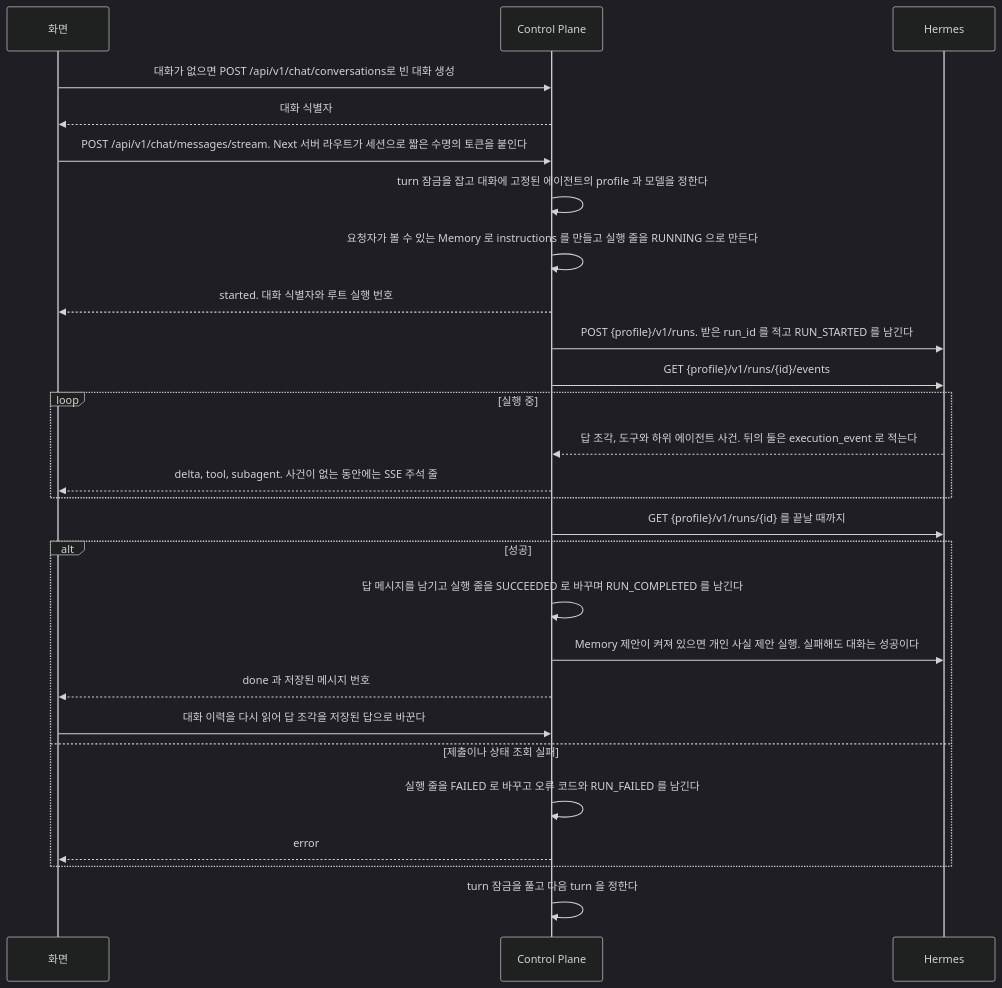
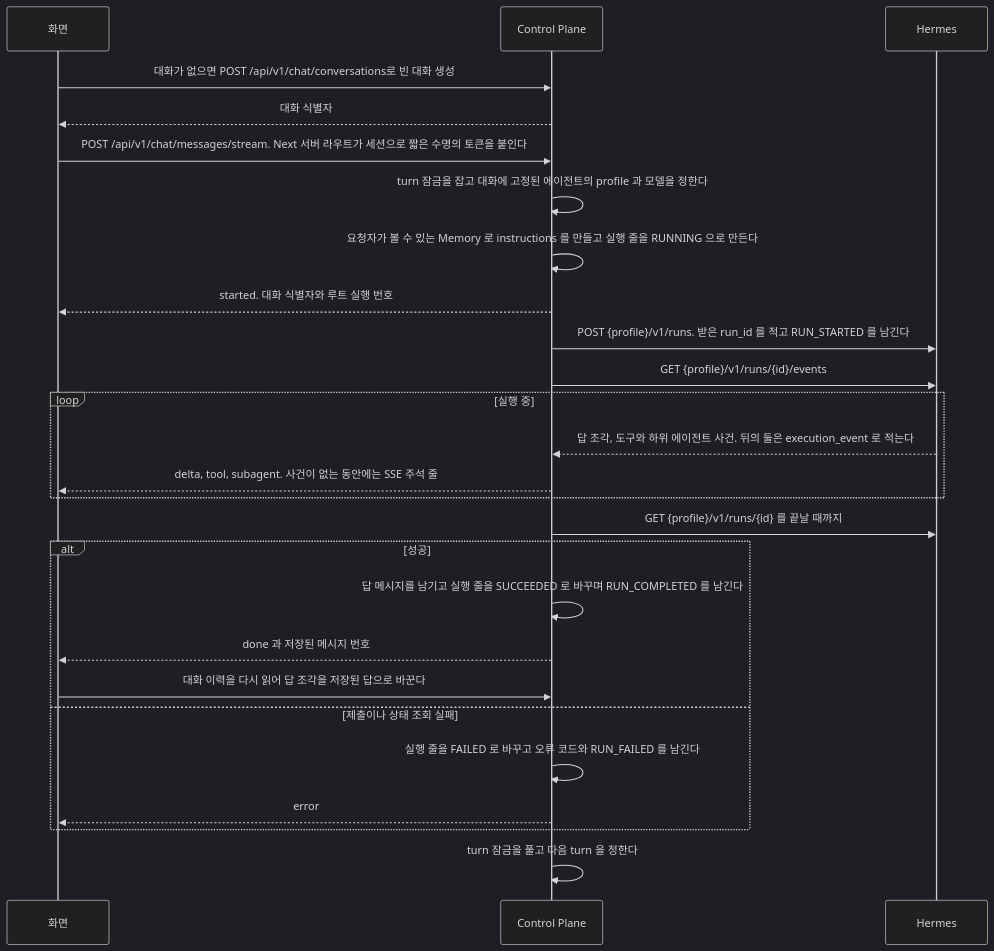
The diagram in docs/features/chat.md (jon890/fos-assistant), drawn with Mermaid (dark theme) before and after one commit. The commit also changed other lines of this file and 33 other files, not shown here.

````diff
--- a/docs/features/chat.md
+++ b/docs/features/chat.md
@@ -28,30 +28,29 @@
 ```mermaid
 sequenceDiagram
     participant W as 화면
     participant C as Control Plane
     participant H as Hermes
 
     W->>C: 대화가 없으면 POST /api/v1/chat/conversations로 빈 대화 생성
     C-->>W: 대화 식별자
     W->>C: POST /api/v1/chat/messages/stream. Next 서버 라우트가 세션으로 짧은 수명의 토큰을 붙인다
     C->>C: turn 잠금을 잡고 대화에 고정된 에이전트의 profile 과 모델을 정한다
     C->>C: 요청자가 볼 수 있는 Memory 로 instructions 를 만들고 실행 줄을 RUNNING 으로 만든다
     C-->>W: started. 대화 식별자와 루트 실행 번호
     C->>H: POST {profile}/v1/runs. 받은 run_id 를 적고 RUN_STARTED 를 남긴다
     C->>H: GET {profile}/v1/runs/{id}/events
     loop 실행 중
         H-->>C: 답 조각, 도구와 하위 에이전트 사건. 뒤의 둘은 execution_event 로 적는다
         C-->>W: delta, tool, subagent. 사건이 없는 동안에는 SSE 주석 줄
     end
     C->>H: GET {profile}/v1/runs/{id} 를 끝날 때까지
     alt 성공
         C->>C: 답 메시지를 남기고 실행 줄을 SUCCEEDED 로 바꾸며 RUN_COMPLETED 를 남긴다
-        C->>H: Memory 제안이 켜져 있으면 개인 사실 제안 실행. 실패해도 대화는 성공이다
         C-->>W: done 과 저장된 메시지 번호
         W->>C: 대화 이력을 다시 읽어 답 조각을 저장된 답으로 바꾼다
     else 제출이나 상태 조회 실패
         C->>C: 실행 줄을 FAILED 로 바꾸고 오류 코드와 RUN_FAILED 를 남긴다
         C-->>W: error
     end
     C->>C: turn 잠금을 풀고 다음 turn 을 정한다
 ```
````
